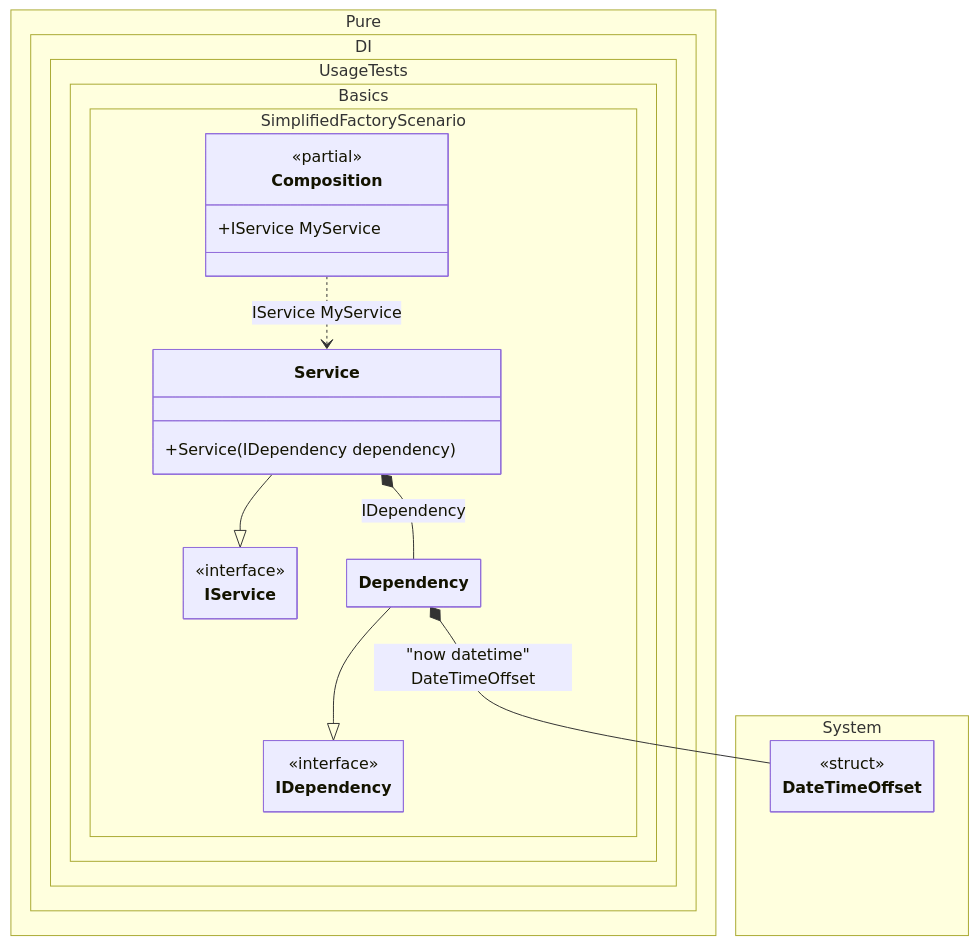
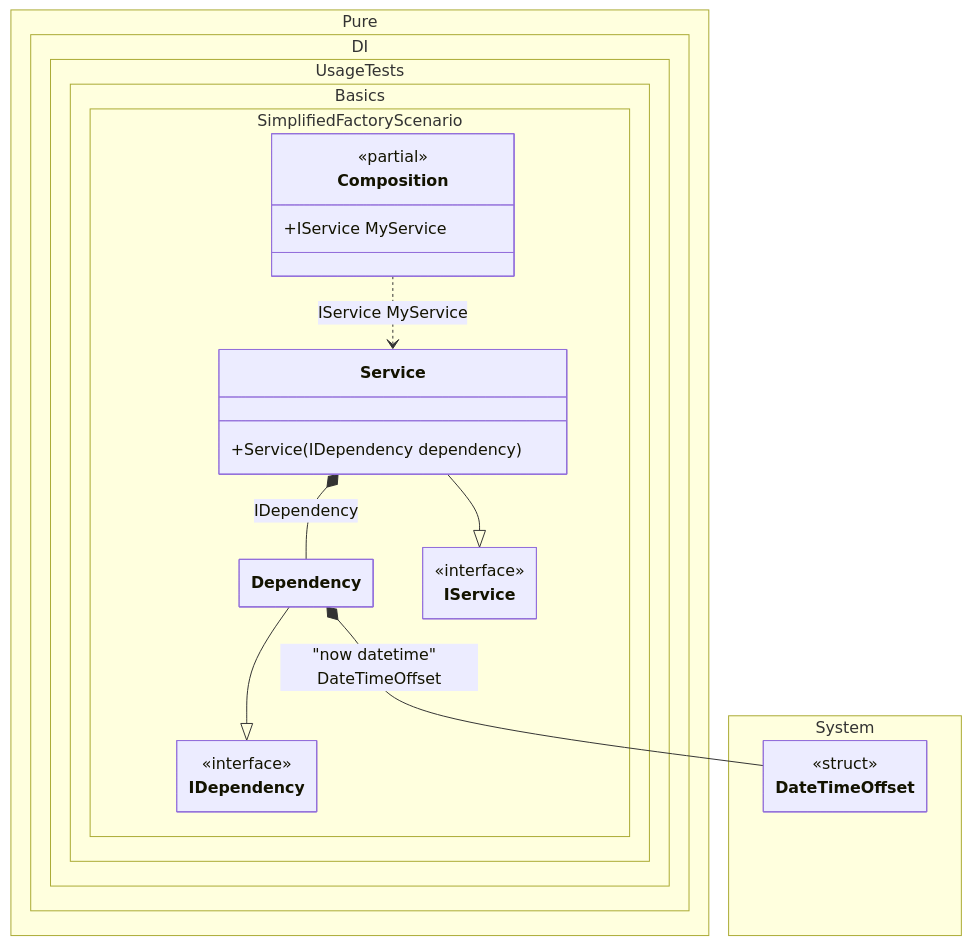
Before and after one commit to DevTeam/Pure.DI: the diagram in readme/simplified-factory.md, drawn with Mermaid. The commit also changed other lines of this file and 113 other files, not shown here.

````diff
--- a/readme/simplified-factory.md
+++ b/readme/simplified-factory.md
@@ -126,35 +126,35 @@
 ```mermaid
 ---
  config:
   class:
    hideEmptyMembersBox: true
 ---
 classDiagram
+	Dependency --|> IDependency
 	Service --|> IService
-	Dependency --|> IDependency
 	Composition ..> Service : IService MyService
+	Dependency *--  DateTimeOffset : "now datetime"  DateTimeOffset
 	Service *--  Dependency : IDependency
-	Dependency *--  DateTimeOffset : "now datetime"  DateTimeOffset
 	namespace Pure.DI.UsageTests.Basics.SimplifiedFactoryScenario {
 		class Composition {
 		<<partial>>
 		+IService MyService
 		}
 		class Dependency {
 		}
 		class IDependency {
 			<<interface>>
 		}
 		class IService {
 			<<interface>>
 		}
 		class Service {
 			+Service(IDependency dependency)
 		}
 	}
 	namespace System {
 		class DateTimeOffset {
 				<<struct>>
 		}
 	}
 ```
````
